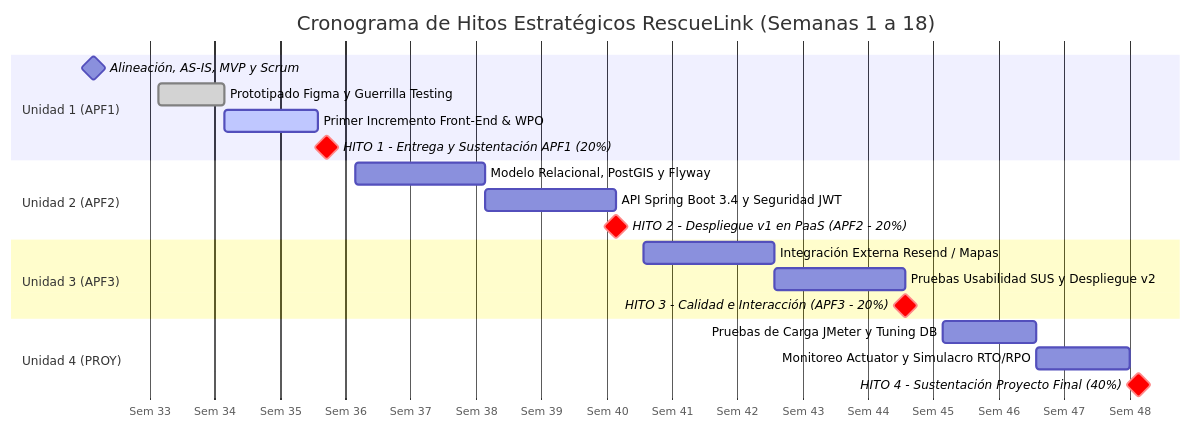
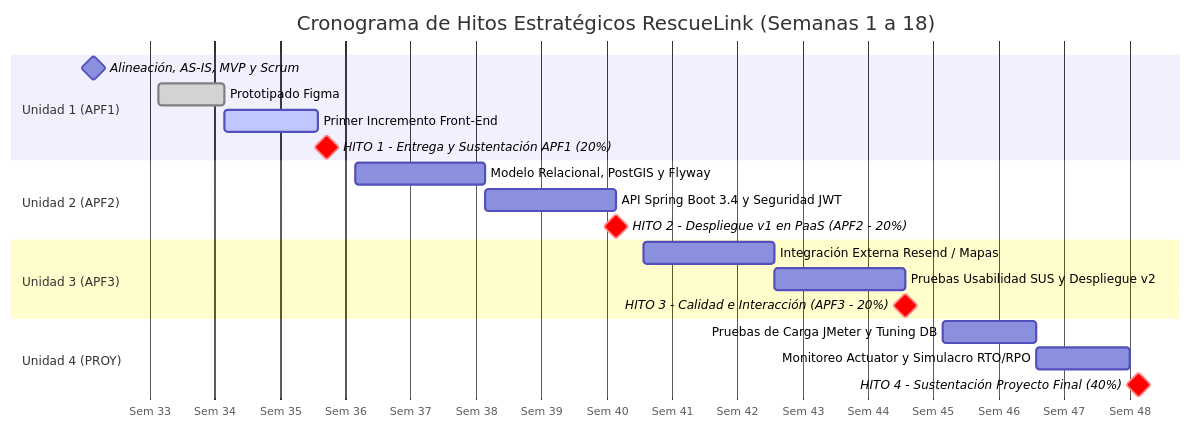
The second of 3 diagrams in Sesiones/Sesion5/Expo-APF1.md (diegod-0/Integrador2G4), drawn with Mermaid before and after one commit.

Commit message:
Asignación v4

````diff
--- a/Sesiones/Sesion5/Expo-APF1.md
+++ b/Sesiones/Sesion5/Expo-APF1.md
@@ -186,27 +186,27 @@
 ```mermaid
 gantt
     title Cronograma de Hitos Estratégicos RescueLink (Semanas 1 a 18)
     dateFormat  YYYY-MM-DD
     axisFormat  Sem %W
 
     section Unidad 1 (APF1)
     Alineación, AS-IS, MVP y Scrum             :milestone, m1, 2026-08-17, 0d
-    Prototipado Figma y Guerrilla Testing      :done, act1, 2026-08-24, 7d
-    Primer Incremento Front-End & WPO          :active, act2, 2026-08-31, 10d
+    Prototipado Figma                          :done, act1, 2026-08-24, 7d
+    Primer Incremento Front-End                :active, act2, 2026-08-31, 10d
     HITO 1 - Entrega y Sustentación APF1 (20%) :crit, milestone, m2, 2026-09-11, 0d
 
     section Unidad 2 (APF2)
     Modelo Relacional, PostGIS y Flyway        :act3, 2026-09-14, 14d
     API Spring Boot 3.4 y Seguridad JWT        :act4, 2026-09-28, 14d
     HITO 2 - Despliegue v1 en PaaS (APF2 - 20%):crit, milestone, m3, 2026-10-12, 0d
 
     section Unidad 3 (APF3)
     Integración Externa Resend / Mapas         :act5, 2026-10-15, 14d
     Pruebas Usabilidad SUS y Despliegue v2     :act6, 2026-10-29, 14d
     HITO 3 - Calidad e Interacción (APF3 - 20%):crit, milestone, m4, 2026-11-12, 0d
 
     section Unidad 4 (PROY)
     Pruebas de Carga JMeter y Tuning DB        :act7, 2026-11-16, 10d
     Monitoreo Actuator y Simulacro RTO/RPO     :act8, 2026-11-26, 10d
     HITO 4 - Sustentación Proyecto Final (40%) :crit, milestone, m5, 2026-12-07, 0d
 ```
````
